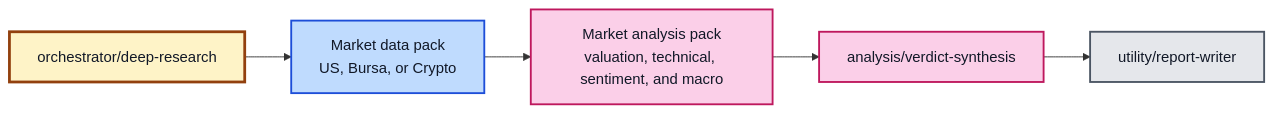
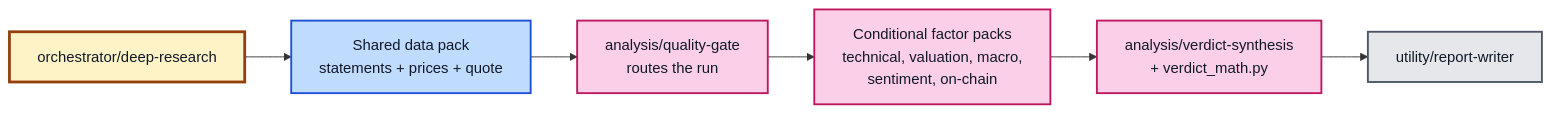
The second of 3 diagrams in README.md (blueorbitz/pw-investment-tools), drawn with Mermaid before and after one commit. The commit also changed other lines of this file and 35 other files, not shown here.

````diff
--- a/README.md
+++ b/README.md
@@ -23,9 +27,9 @@
 ```mermaid
 flowchart LR
-    DR[orchestrator/deep-research]:::orch --> DATA[Market data pack<br/>US, Bursa, or Crypto]:::data --> ANALYSIS[Market analysis pack<br/>valuation, technical, sentiment, and macro]:::analysis --> VERDICT[analysis/verdict-synthesis]:::analysis --> REPORT[utility/report-writer]:::util
+    DR[orchestrator/deep-research]:::orch --> DATA[Shared data pack<br/>statements + prices + quote]:::data --> GATE[analysis/quality-gate<br/>routes the run]:::analysis --> PACKS[Conditional factor packs<br/>technical, valuation, macro,<br/>sentiment, on-chain]:::analysis --> VERDICT[analysis/verdict-synthesis<br/>+ verdict_math.py]:::analysis --> REPORT[utility/report-writer]:::util
 
     classDef orch fill:#fef3c7,stroke:#92400e,stroke-width:3px,color:#111827
     classDef data fill:#bfdbfe,stroke:#1d4ed8,stroke-width:2px,color:#111827
     classDef analysis fill:#fbcfe8,stroke:#be185d,stroke-width:2px,color:#111827
     classDef util fill:#e5e7eb,stroke:#4b5563,stroke-width:2px,color:#111827
 ```
````
